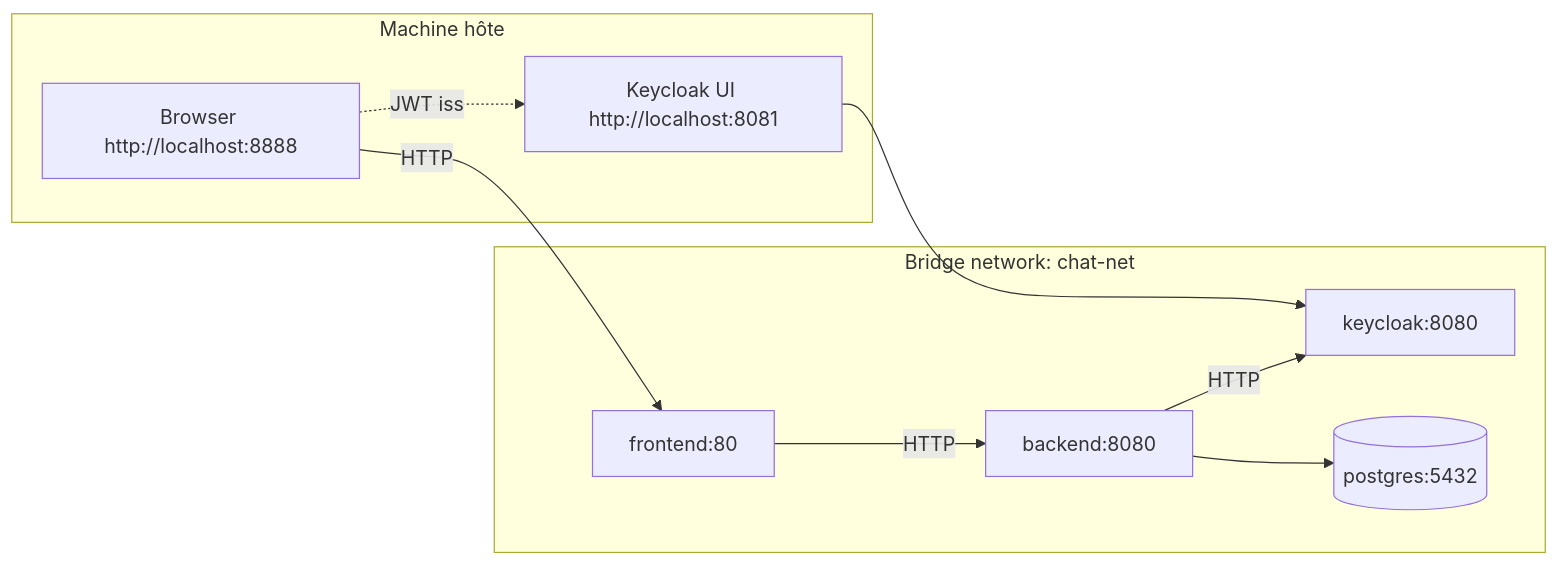
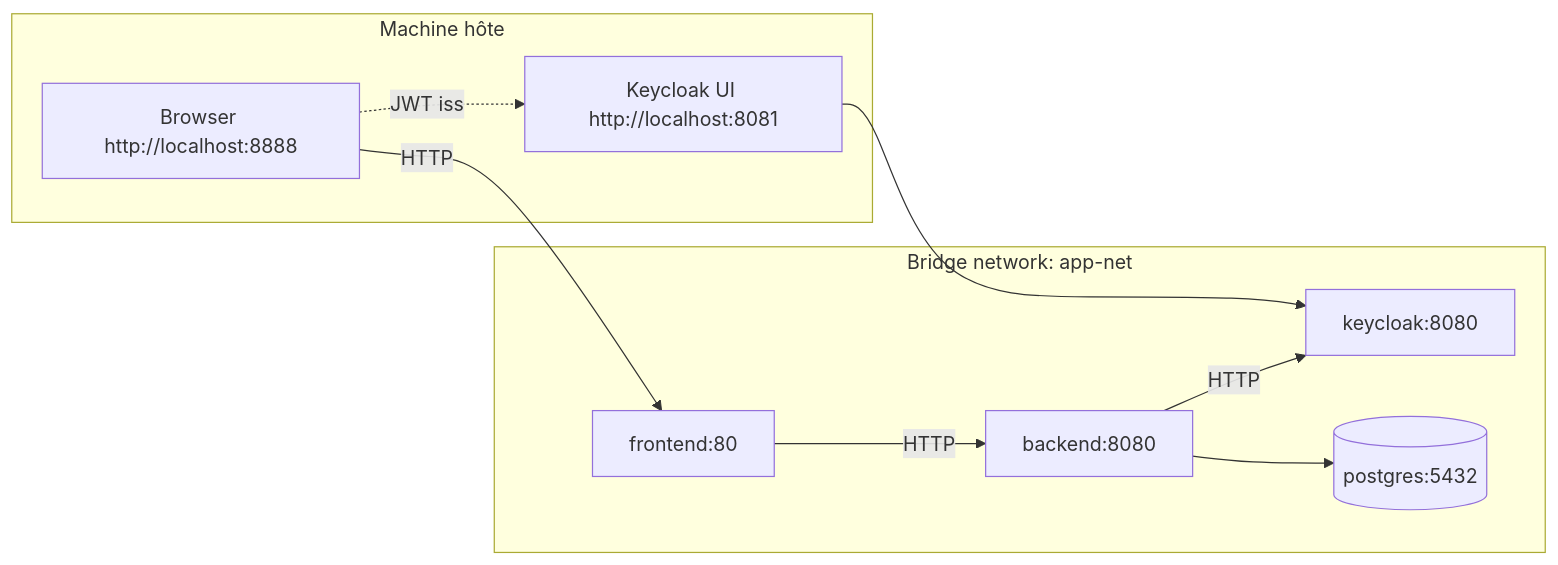
The diagram in docs/network-topology.md (dbeaumont/chat-app), drawn with Mermaid before and after one commit. The commit also changed 34 other files, not shown here.

````diff
--- a/docs/network-topology.md
+++ b/docs/network-topology.md
@@ -3,26 +3,26 @@
 ```mermaid
 flowchart LR
     subgraph Host[Machine hôte]
       Browser[Browser http://localhost:8888]
       KCui[Keycloak UI http://localhost:8081]
     end
 
-    subgraph Docker[Bridge network: chat-net]
+    subgraph Docker[Bridge network: app-net]
       FE[frontend:80]
       BE[backend:8080]
       KC[keycloak:8080]
       DB[(postgres:5432)]
     end
 
     Browser -->|HTTP| FE
     FE -->|HTTP| BE
     KCui --> KC
 
     %% Issuer vu par le browser
     Browser -. JWT iss .-> KCui
 
     %% JWK vu par le backend
     BE -->|HTTP| KC
 
     BE --> DB
 ```
````
